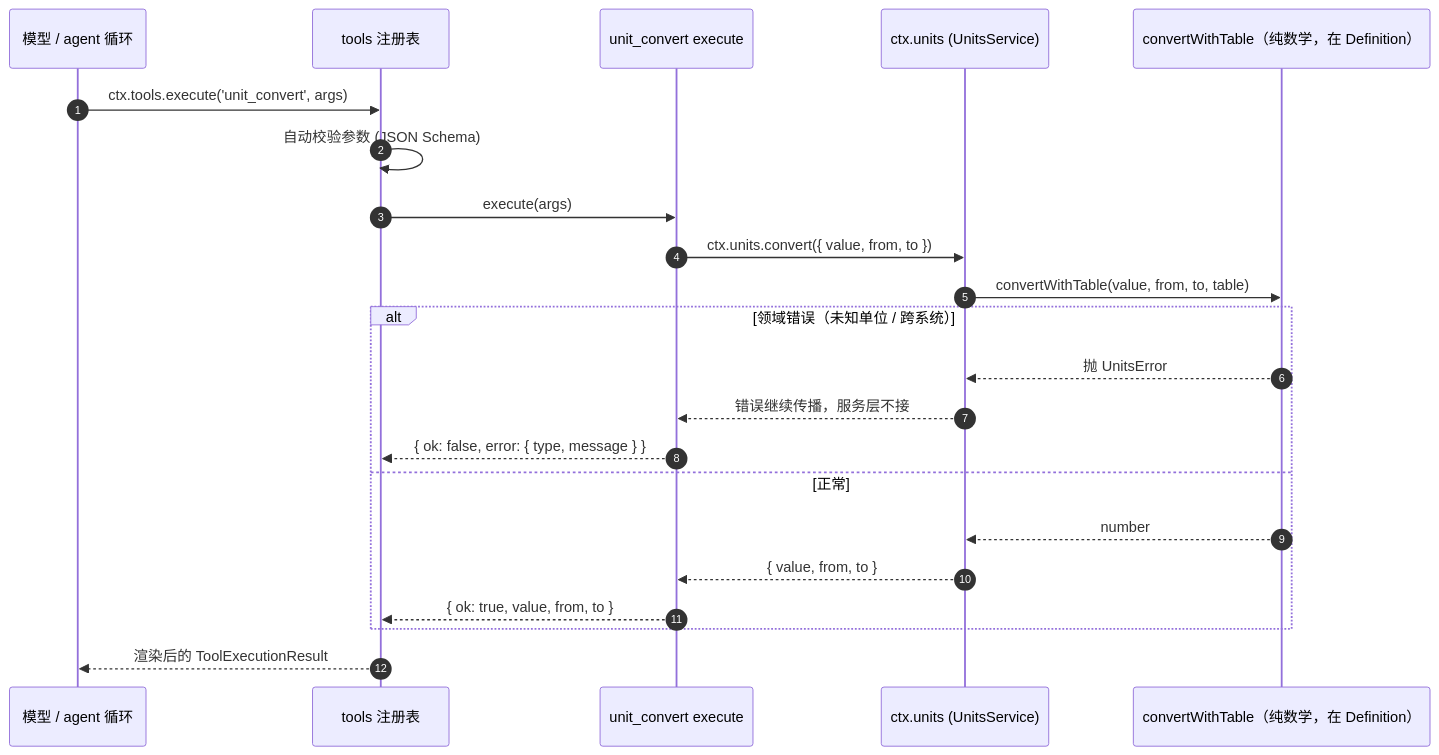
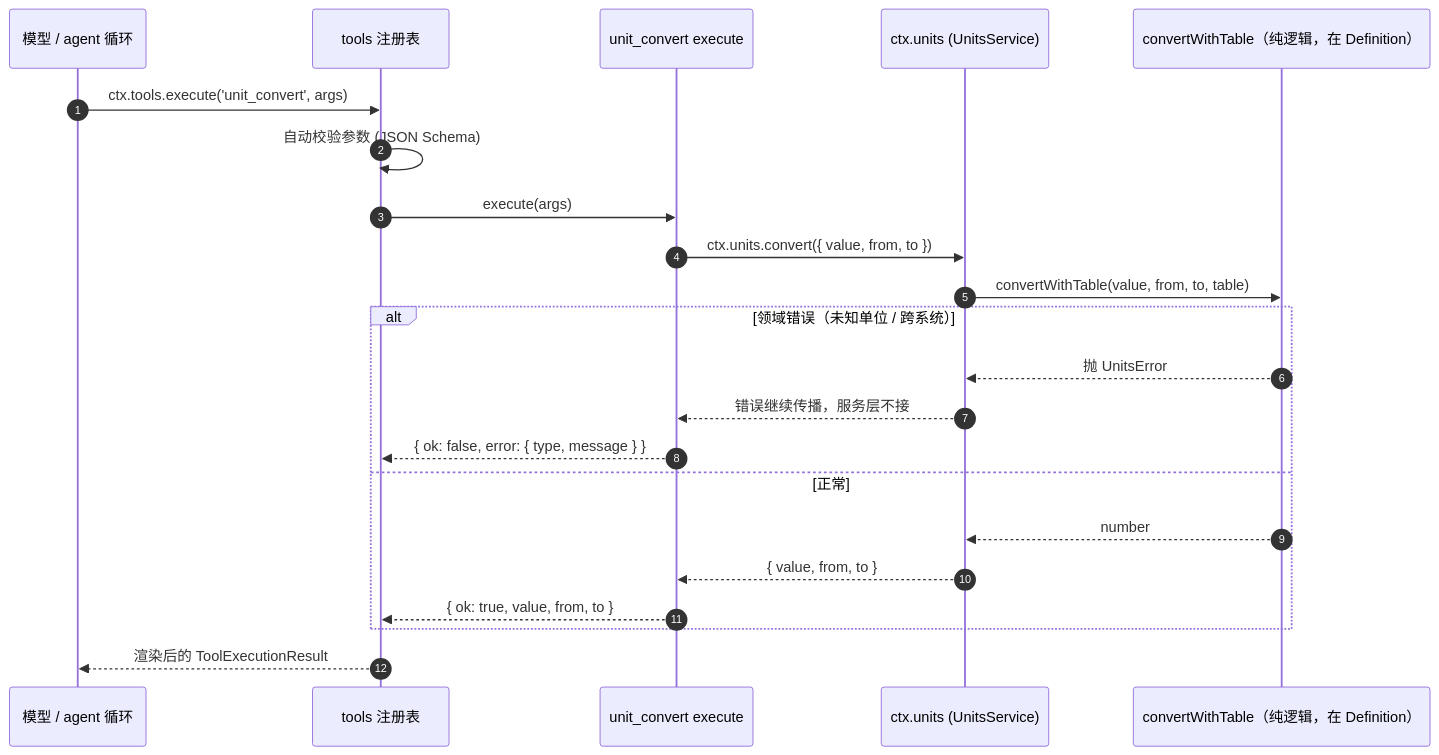
The second of 2 diagrams in examples/units-capability/README.zh.md (smileonroad/xzz_dsh_plugin), drawn with Mermaid before and after one commit. The commit also changed other lines of this file and 3 other files, not shown here.

````diff
--- a/examples/units-capability/README.zh.md
+++ b/examples/units-capability/README.zh.md
@@ -83,25 +83,25 @@
 ```mermaid
 sequenceDiagram
     autonumber
     participant M as 模型 / agent 循环
     participant R as tools 注册表
     participant T as unit_convert execute
     participant U as ctx.units (UnitsService)
-    participant D as convertWithTable（纯数学，在 Definition）
+    participant D as convertWithTable（纯逻辑，在 Definition）
 
     M->>R: ctx.tools.execute('unit_convert', args)
     R->>R: 自动校验参数 (JSON Schema)
     R->>T: execute(args)
     T->>U: ctx.units.convert({ value, from, to })
     U->>D: convertWithTable(value, from, to, table)
     alt 领域错误（未知单位 / 跨系统）
         D-->>U: 抛 UnitsError
         U-->>T: 错误继续传播，服务层不接
         T-->>R: { ok: false, error: { type, message } }
     else 正常
         D-->>U: number
         U-->>T: { value, from, to }
         T-->>R: { ok: true, value, from, to }
     end
     R-->>M: 渲染后的 ToolExecutionResult
 ```
````
